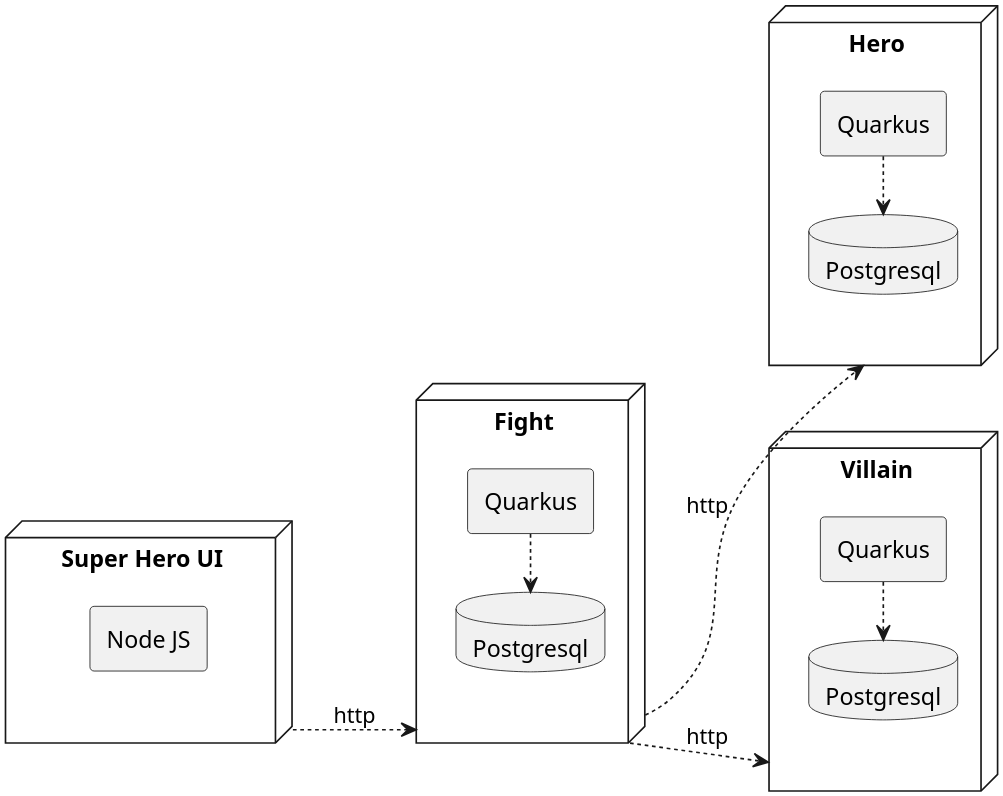
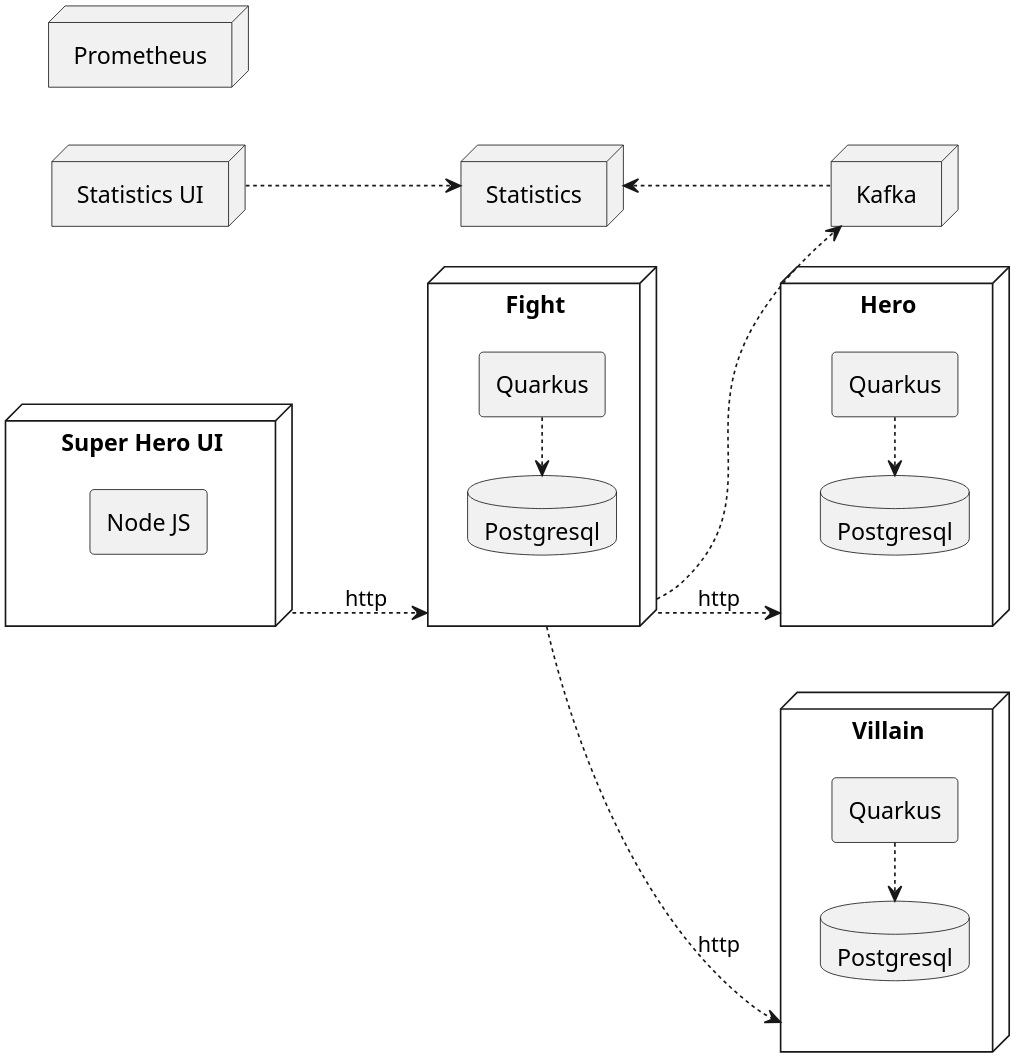
Before and after one commit to quarkusio/quarkus-workshops: the diagram in quarkus-workshop-super-heroes/docs/src/main/plantuml/introduction-physical-architecture.puml, drawn with PlantUML. The commit also changed 4 other files, not shown here.

```diff
--- a/quarkus-workshop-super-heroes/docs/src/main/plantuml/introduction-physical-architecture.puml
+++ b/quarkus-workshop-super-heroes/docs/src/main/plantuml/introduction-physical-architecture.puml
@@ -1,32 +1,48 @@
 @startuml
 skinparam dpi 300
 allow_mixing
 
 left to right direction
 
+node "Prometheus" as prom {
+}
+
 node "Super Hero UI" as ui {
     agent "Node JS" as uiNodejs
+}
+
+node "Statistics UI" as admin {
 }
 
 node "Hero" as hero {
     agent "Quarkus" as heroQuarkus
     database "Postgresql" as heroPostgresql
     heroQuarkus .up> heroPostgresql
 }
 
 node "Villain" as villain {
     agent "Quarkus" as villainQuarkus
     database "Postgresql" as villainPostgresql
     villainQuarkus .up> villainPostgresql
 }
 
 node "Fight" as fight {
     agent "Quarkus" as fightQuarkus
     database "Postgresql" as fightPostgresql
     fightQuarkus .up> fightPostgresql
 }
 
+node "Statistics" as stat {
+    agent "Quarkus" as fightQuarkus
+}
+
+node "Kafka" as kafka {
+}
+
+stat <.. kafka
 ui ..> fight : http
+admin ..> stat
+fight ..> kafka
 fight ..> hero : http
 fight ..> villain : http
 @enduml
```
